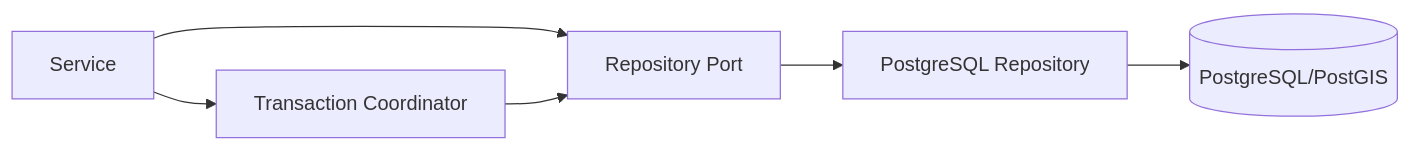
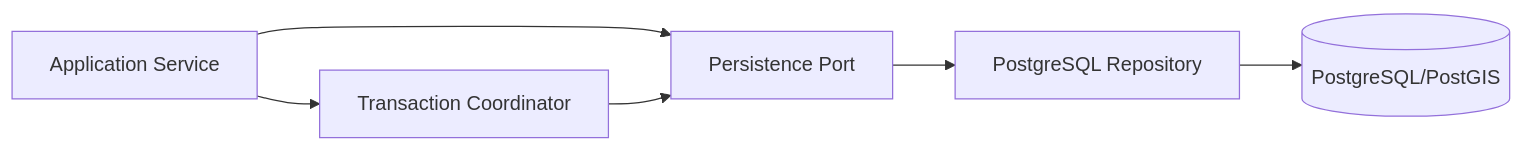
The second of 2 diagrams in docs/contexts/layers/backend.md (Danh20100/moibile_app), drawn with Mermaid before and after one commit. The commit also changed other lines of this file and 9 other files, not shown here.

````diff
--- a/docs/contexts/layers/backend.md
+++ b/docs/contexts/layers/backend.md
@@ -75,8 +35,8 @@
 ```mermaid
 flowchart LR
-    S[Service] --> P[Repository Port]
-    S --> G[Transaction Coordinator]
-    G --> P
-    P --> R[PostgreSQL Repository]
-    R --> DB[(PostgreSQL/PostGIS)]
+    S["Application Service"] --> P["Persistence Port"]
+    S --> T["Transaction Coordinator"]
+    T --> P
+    P --> R["PostgreSQL Repository"]
+    R --> DB[("PostgreSQL/PostGIS")]
 ```
````
